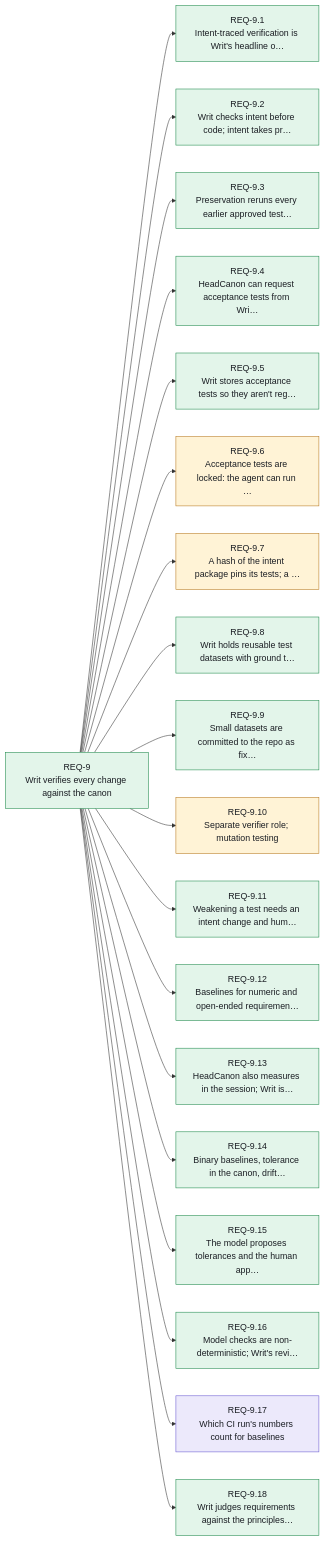
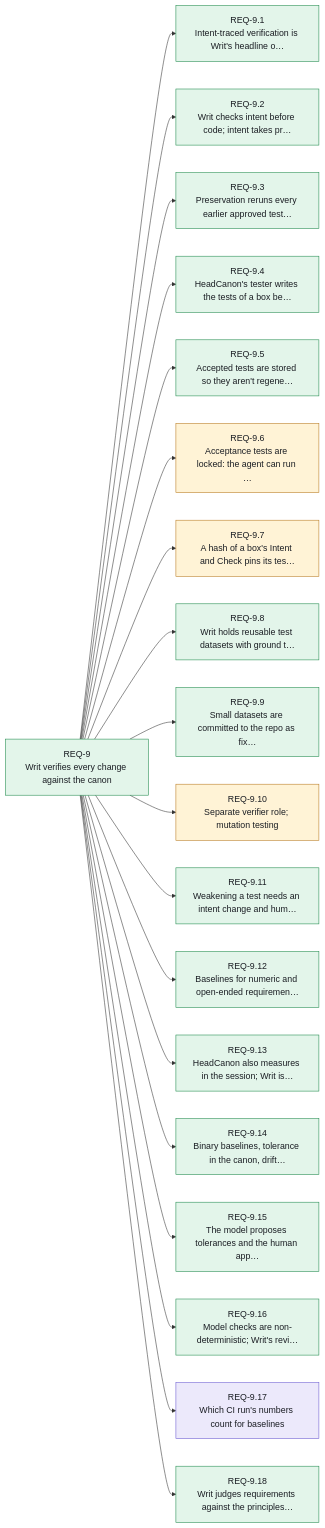
Before and after one commit to Althis/headcanon: the tenth of 14 diagrams in canon/INDEX.md, drawn with Mermaid. The commit also changed other lines of this file and 149 other files, not shown here.

First line of the commit message:
feat(alpha): build from the canon with tests, implementation agents and approval (DEC-026)

````diff
--- a/canon/INDEX.md
+++ b/canon/INDEX.md
@@ -455,45 +459,45 @@
 ```mermaid
 flowchart LR
     REQ_9["REQ-9<br/>Writ verifies every change against the canon"]:::stated
     REQ_9_1["REQ-9.1<br/>Intent-traced verification is Writ's headline o…"]:::stated
     REQ_9_2["REQ-9.2<br/>Writ checks intent before code; intent takes pr…"]:::stated
     REQ_9_3["REQ-9.3<br/>Preservation reruns every earlier approved test…"]:::stated
-    REQ_9_4["REQ-9.4<br/>HeadCanon can request acceptance tests from Wri…"]:::stated
-    REQ_9_5["REQ-9.5<br/>Writ stores acceptance tests so they aren't reg…"]:::stated
+    REQ_9_4["REQ-9.4<br/>HeadCanon's tester writes the tests of a box be…"]:::stated
+    REQ_9_5["REQ-9.5<br/>Accepted tests are stored so they aren't regene…"]:::stated
     REQ_9_6["REQ-9.6<br/>Acceptance tests are locked: the agent can run …"]:::assumed
-    REQ_9_7["REQ-9.7<br/>A hash of the intent package pins its tests; a …"]:::assumed
+    REQ_9_7["REQ-9.7<br/>A hash of a box's Intent and Check pins its tes…"]:::assumed
     REQ_9_8["REQ-9.8<br/>Writ holds reusable test datasets with ground t…"]:::stated
     REQ_9_9["REQ-9.9<br/>Small datasets are committed to the repo as fix…"]:::stated
     REQ_9_10["REQ-9.10<br/>Separate verifier role; mutation testing"]:::assumed
     REQ_9_11["REQ-9.11<br/>Weakening a test needs an intent change and hum…"]:::stated
     REQ_9_12["REQ-9.12<br/>Baselines for numeric and open-ended requiremen…"]:::stated
     REQ_9_13["REQ-9.13<br/>HeadCanon also measures in the session; Writ is…"]:::stated
     REQ_9_14["REQ-9.14<br/>Binary baselines, tolerance in the canon, drift…"]:::stated
     REQ_9_15["REQ-9.15<br/>The model proposes tolerances and the human app…"]:::stated
     REQ_9_16["REQ-9.16<br/>Model checks are non-deterministic; Writ's revi…"]:::stated
-    REQ_9_17["REQ-9.17<br/>Which CI run's numbers count for baselines"]:::open
+    REQ_9_17["REQ-9.17<br/>Which CI run's numbers count for baselines"]:::draft
     REQ_9_18["REQ-9.18<br/>Writ judges requirements against the principles…"]:::stated
     REQ_9 --> REQ_9_1
     REQ_9 --> REQ_9_2
     REQ_9 --> REQ_9_3
     REQ_9 --> REQ_9_4
     REQ_9 --> REQ_9_5
     REQ_9 --> REQ_9_6
     REQ_9 --> REQ_9_7
     REQ_9 --> REQ_9_8
     REQ_9 --> REQ_9_9
     REQ_9 --> REQ_9_10
     REQ_9 --> REQ_9_11
     REQ_9 --> REQ_9_12
     REQ_9 --> REQ_9_13
     REQ_9 --> REQ_9_14
     REQ_9 --> REQ_9_15
     REQ_9 --> REQ_9_16
     REQ_9 --> REQ_9_17
     REQ_9 --> REQ_9_18
     classDef stated fill:#e3f5ea,stroke:#1f8a4c,color:#1a1d23
     classDef resolved fill:#e8efff,stroke:#2563eb,color:#1a1d23
     classDef assumed fill:#fff3d6,stroke:#b7791f,color:#1a1d23
-    classDef open fill:#ece9fb,stroke:#6b5bd2,color:#1a1d23
+    classDef draft fill:#ece9fb,stroke:#6b5bd2,color:#1a1d23
     classDef contested fill:#fde7e8,stroke:#d13438,color:#1a1d23
 ```
````
